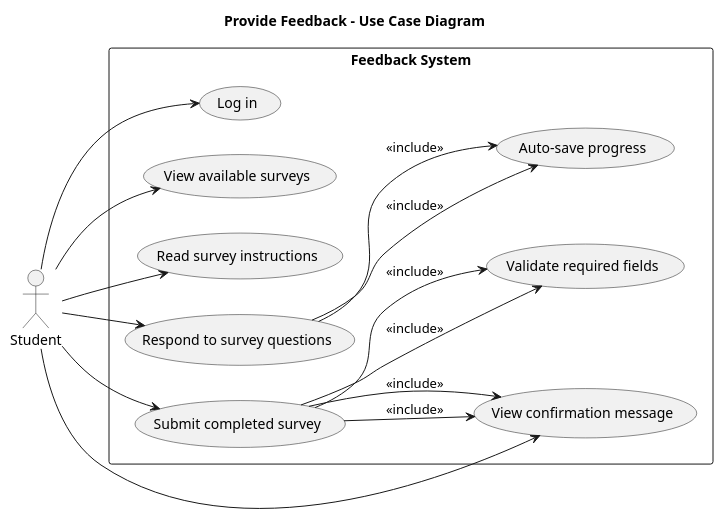
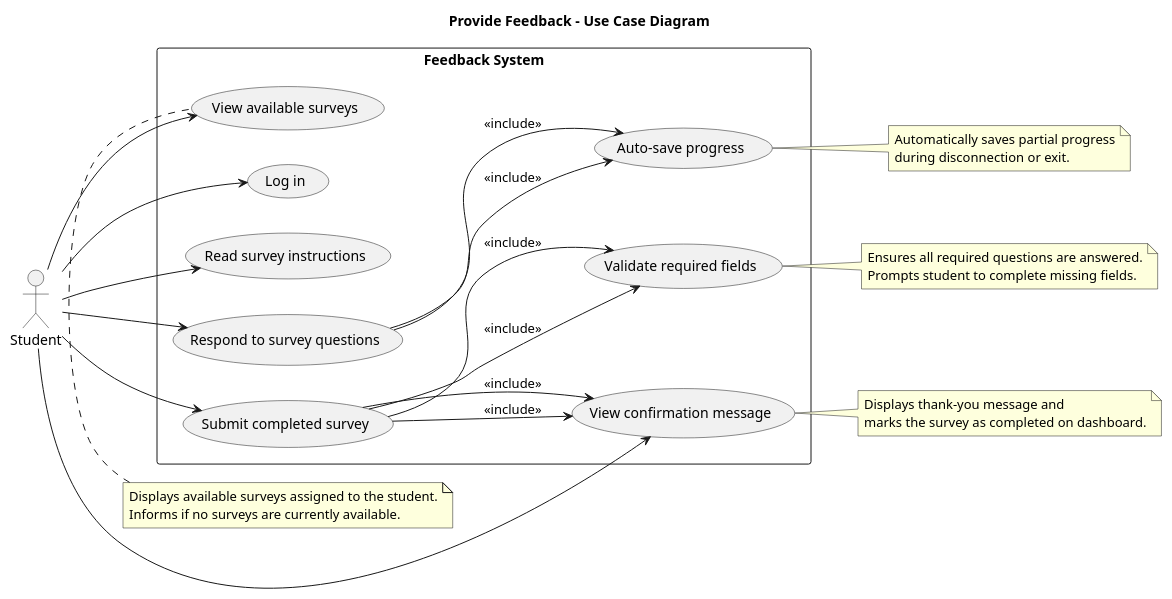
The diagram in doc/usecases/plantUML/tempUC-ProvideFeedback.puml (bahati7/MKB-cohort-2-Demo), drawn with PlantUML before and after one commit.

Commit message:
Added explanatory notes to Provide Feedback diagram #22
- Described logic behind auto-save and validation processes
- Documented post-submission confirmation handling
- Clarified what students see when viewing surveys

Refs #8

```diff
--- a/doc/usecases/plantUML/tempUC-ProvideFeedback.puml
+++ b/doc/usecases/plantUML/tempUC-ProvideFeedback.puml
@@ -1,38 +1,58 @@
 @startuml provide_feedback_usecase
 
 left to right direction
 title Provide Feedback - Use Case Diagram
 
 ' Only include styling if consistency across diagrams is necessary, else use default PlantUML look for simplicity @Ash mentioned it in #28 discussion
 
 ' Primary Actor
 actor Student
 
 ' System Boundary
 rectangle "Feedback System" {
 
     usecase UC_Login as "Log in"
     usecase UC_ViewSurveys as "View available surveys"
     usecase UC_ReadInstructions as "Read survey instructions"
     usecase UC_Respond as "Respond to survey questions"
     usecase UC_SubmitSurvey as "Submit completed survey"
     usecase UC_Confirmation as "View confirmation message"
     usecase UC_AutoSave as "Auto-save progress"
     usecase UC_Validation as "Validate required fields"
 
     ' Main flow
     Student --> UC_Login
     Student --> UC_ViewSurveys
     Student --> UC_ReadInstructions
     Student --> UC_Respond
     UC_Respond --> UC_AutoSave : <<include>>
     Student --> UC_SubmitSurvey
     UC_SubmitSurvey --> UC_Validation : <<include>>
     UC_SubmitSurvey --> UC_Confirmation : <<include>>
     Student --> UC_Confirmation
 }
     UC_Respond --> UC_AutoSave : <<include>>
     UC_SubmitSurvey --> UC_Validation : <<include>>
     UC_SubmitSurvey --> UC_Confirmation : <<include>>
+    
+     note right of UC_AutoSave
+        Automatically saves partial progress
+        during disconnection or exit.
+    end note
+
+    note right of UC_Validation
+        Ensures all required questions are answered.
+        Prompts student to complete missing fields.
+    end note
+
+    note right of UC_Confirmation
+        Displays thank-you message and
+        marks the survey as completed on dashboard.
+    end note
+
+    note top of UC_ViewSurveys
+        Displays available surveys assigned to the student.
+        Informs if no surveys are currently available.
+    end note
 
 @enduml
```
